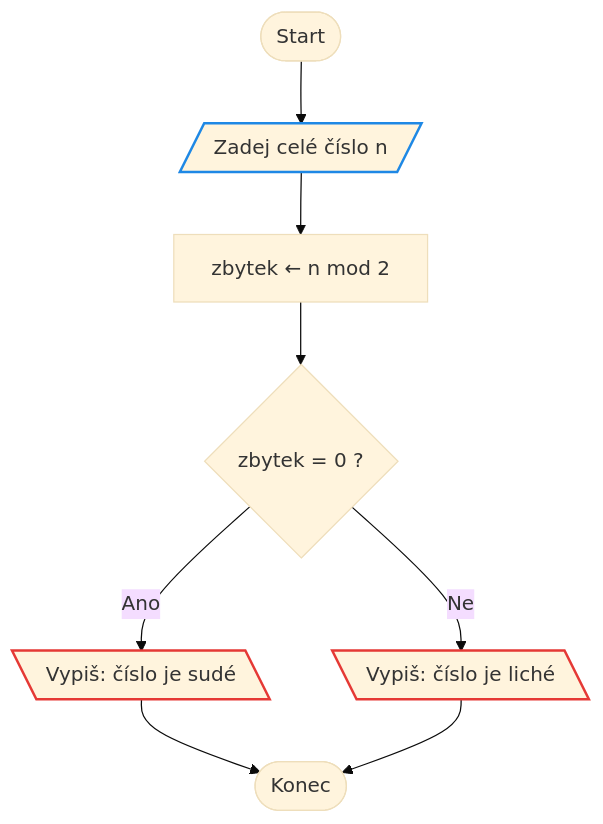
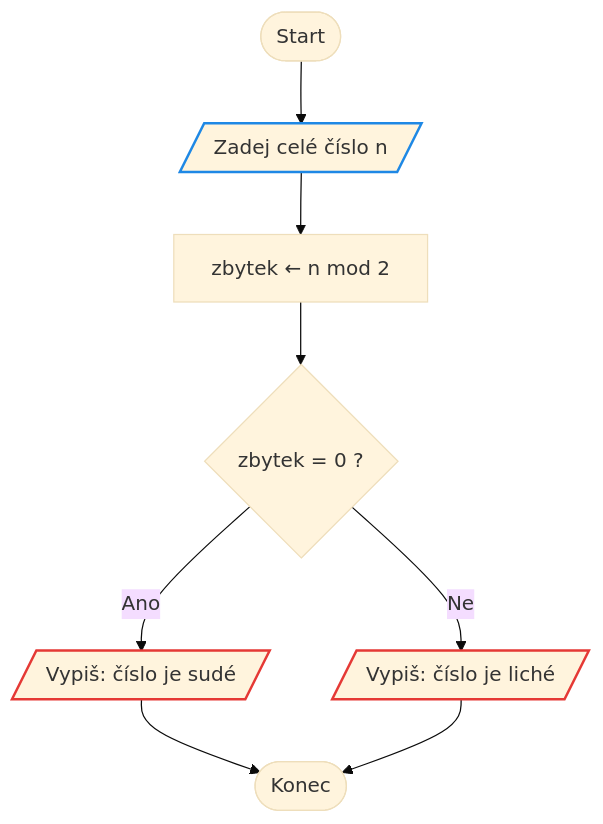
The eighth of 15 diagrams in 3Hodina/reseni.md (zeman-delta/Prvaci2026), drawn with Mermaid (base theme) before and after one commit. The commit also changed other lines of this file and 1 other file, not shown here.

````diff
--- a/3Hodina/reseni.md
+++ b/3Hodina/reseni.md
@@ -186,15 +186,15 @@
 ```mermaid
 flowchart TD
     S([Start]) --> V[/"Zadej celé číslo n"/]
     V --> P["zbytek ← n mod 2"]
     P --> D{"zbytek = 0 ?"}
-    D -->|Ano| O1[\"Vypiš: číslo je sudé"\]
-    D -->|Ne| O2[\"Vypiš: číslo je liché"\]
+    D -->|Ano| O1[/"Vypiš: číslo je sudé"/]
+    D -->|Ne| O2[/"Vypiš: číslo je liché"/]
     O1 --> K([Konec])
     O2 --> K
 
     classDef vstup stroke:#1e88e5,stroke-width:2px
     classDef vystup stroke:#e53935,stroke-width:2px
     class V vstup
     class O1,O2 vystup
 ```
````
